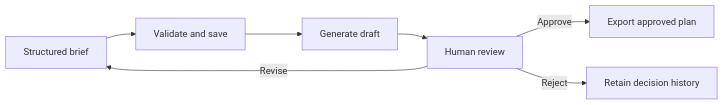
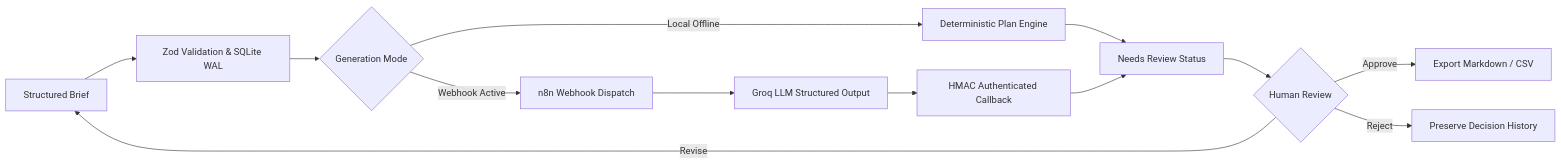
Before and after one commit to jeushdev/campaign-brief-studio: the diagram in README.md, drawn with Mermaid. The commit also changed other lines of this file and 1 other file, not shown here.

````diff
--- a/README.md
+++ b/README.md
@@ -52,9 +90,15 @@
 ```mermaid
 flowchart LR
-  Brief[Structured brief] --> Validate[Validate and save]
-  Validate --> Generate[Generate draft]
-  Generate --> Review[Human review]
-  Review -->|Revise| Brief
-  Review -->|Approve| Export[Export approved plan]
-  Review -->|Reject| History[Retain decision history]
+    A[Structured Brief] --> B[Zod Validation & SQLite WAL]
+    B --> C{Generation Mode}
+    C -->|Local Offline| D[Deterministic Plan Engine]
+    C -->|Webhook Active| E[n8n Webhook Dispatch]
+    E --> F[Groq LLM Structured Output]
+    F --> G[HMAC Authenticated Callback]
+    D --> H[Needs Review Status]
+    G --> H
+    H --> I{Human Review}
+    I -->|Revise| A
+    I -->|Approve| J[Export Markdown / CSV]
+    I -->|Reject| K[Preserve Decision History]
 ```
````
